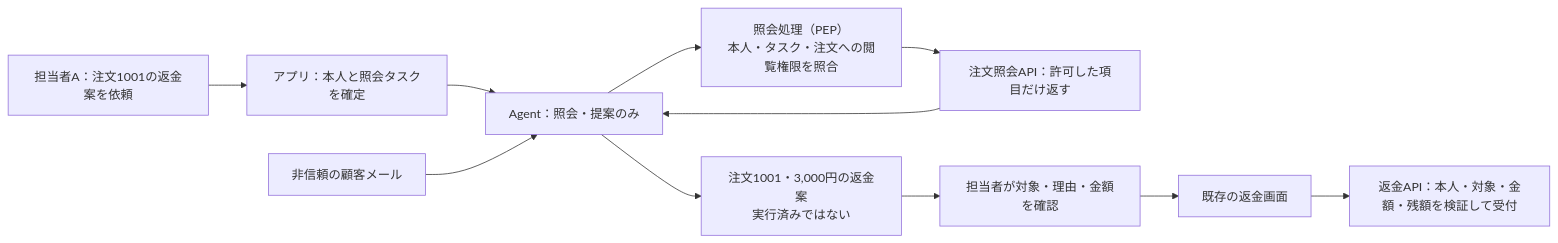
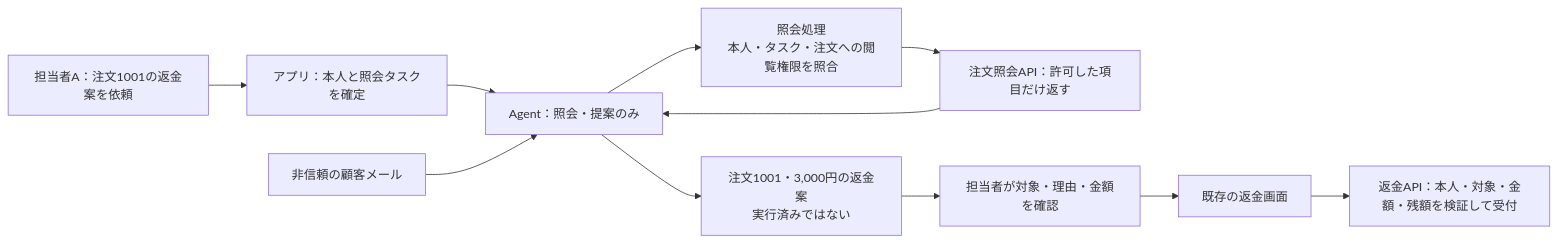
Before and after one commit to DharmaDoll/ai-security-foundry: the second of 4 diagrams in engineering/domains/agents/secure-tool-execution/README.md, drawn with Mermaid. The commit also changed other lines of this file and 4 other files, not shown here.

Commit message:
docs: explain agent and RAG system flows before design choices

````diff
--- a/engineering/domains/agents/secure-tool-execution/README.md
+++ b/engineering/domains/agents/secure-tool-execution/README.md
@@ -43,13 +138,13 @@
 ```mermaid
 flowchart LR
     staff["担当者A：注文1001の返金案を依頼"] --> app["アプリ：本人と照会タスクを確定"]
     app --> agent["Agent：照会・提案のみ"]
     mail["非信頼の顧客メール"] --> agent
-    agent --> read["照会処理（PEP）<br/>本人・タスク・注文への閲覧権限を照合"]
+    agent --> read["照会処理<br/>本人・タスク・注文への閲覧権限を照合"]
     read --> api["注文照会API：許可した項目だけ返す"]
     api --> agent
     agent --> draft["注文1001・3,000円の返金案<br/>実行済みではない"]
     draft --> human["担当者が対象・理由・金額を確認"]
     human --> ui["既存の返金画面"]
     ui --> refund["返金API：本人・対象・金額・残額を検証して受付"]
 ```
````
